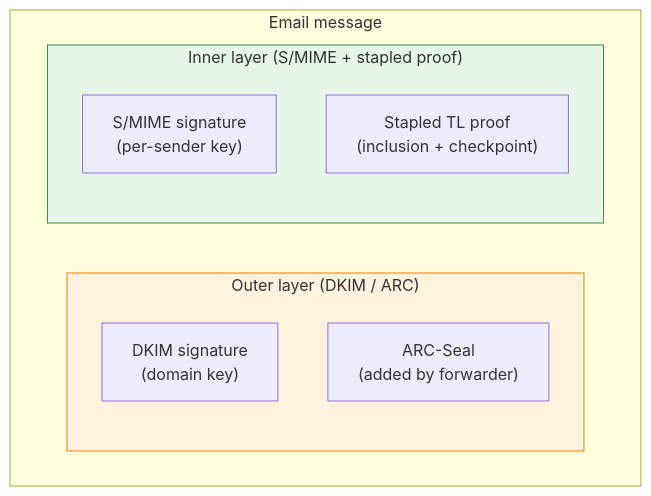
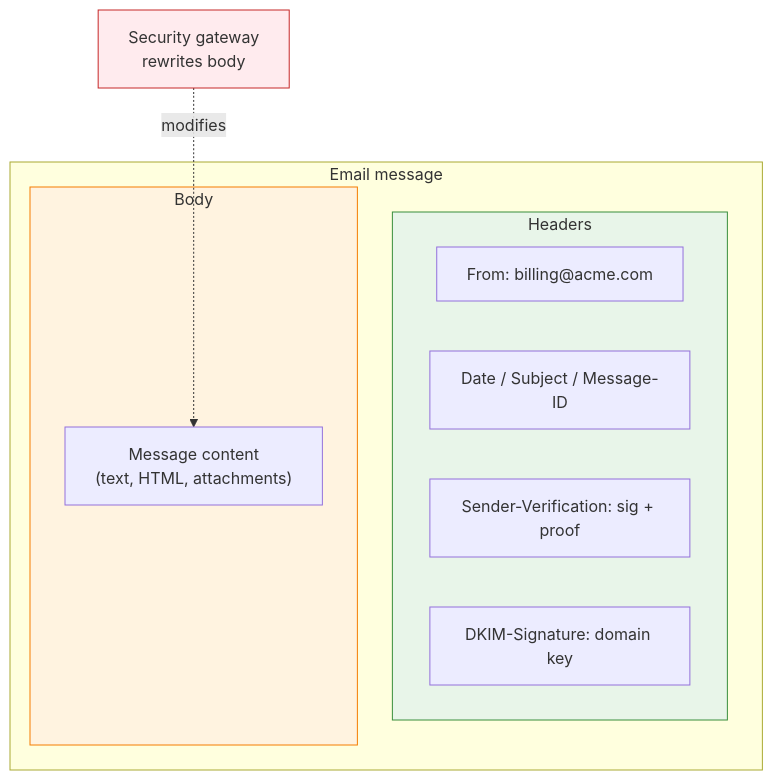
One commit to agentnameservice/ans-registry changed the fourth of 4 diagrams in SENDER_VERIFICATION_SPEC.md. Above: the diagram before and after it, drawn with Mermaid. The commit also changed other lines of this file and 1 other file, not shown here.

First line of the commit message:
docs: update sender verification spec to v1.0 (#22)

````diff
--- a/SENDER_VERIFICATION_SPEC.md
+++ b/SENDER_VERIFICATION_SPEC.md
@@ -329,15 +259,19 @@
 ```mermaid
 flowchart TB
     subgraph email ["Email message"]
-        subgraph outer ["Outer layer (DKIM / ARC)"]
-            DKIM["DKIM signature<br/>(domain key)"]
-            ARC["ARC-Seal<br/>(added by forwarder)"]
+        subgraph headers ["Headers"]
+            FROM["From: billing@acme.com"]
+            DATE["Date / Subject / Message-ID"]
+            SV["Sender-Verification: sig + proof"]
+            DKIMH["DKIM-Signature: domain key"]
         end
-        subgraph inner ["Inner layer (S/MIME + stapled proof)"]
-            SIG["S/MIME signature<br/>(per-sender key)"]
-            PROOF["Stapled TL proof<br/>(inclusion + checkpoint)"]
+        subgraph body ["Body"]
+            CONTENT["Message content<br/>(text, HTML, attachments)"]
         end
     end
-    style inner fill:#e8f5e9,stroke:#388e3c
-    style outer fill:#fff3e0,stroke:#f57c00
+    GW["Security gateway<br/>rewrites body"]
+    GW -.->|"modifies"| CONTENT
+    style headers fill:#e8f5e9,stroke:#388e3c
+    style body fill:#fff3e0,stroke:#f57c00
+    style GW fill:#ffebee,stroke:#c62828
 ```
````
